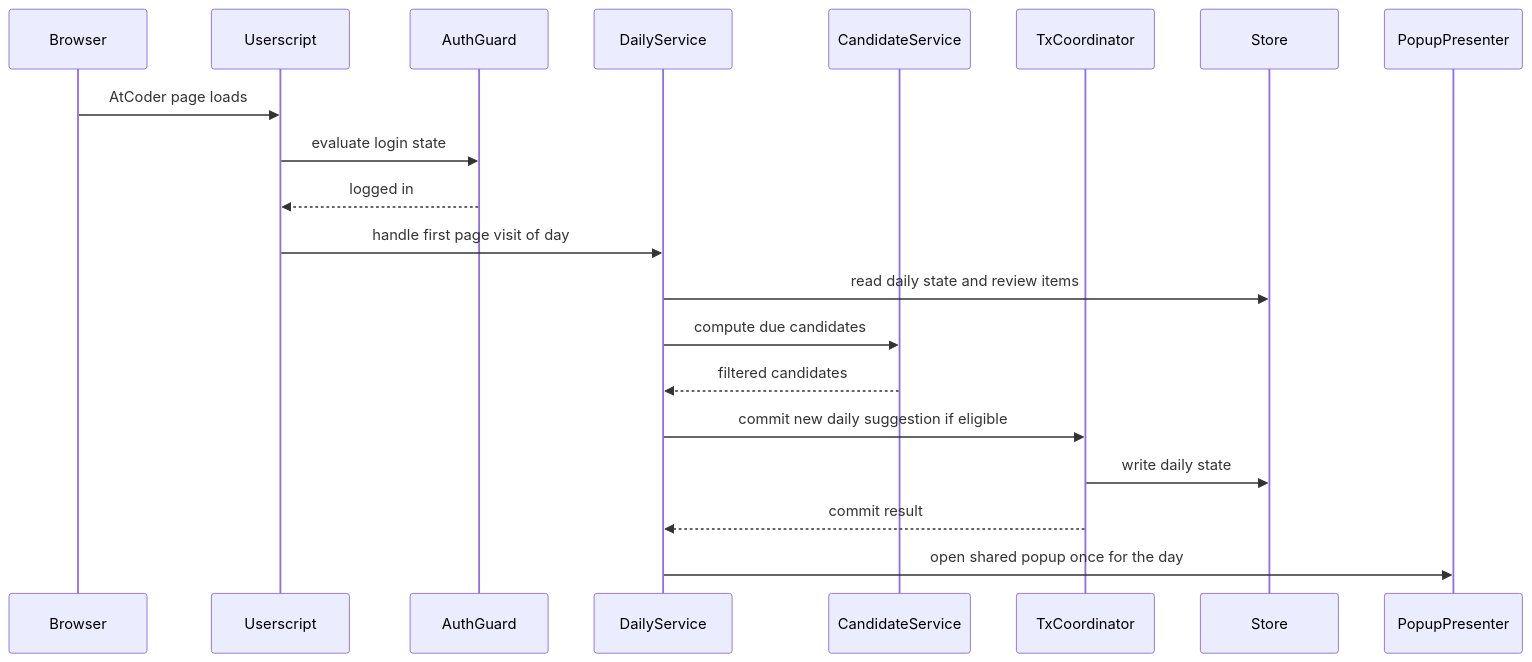
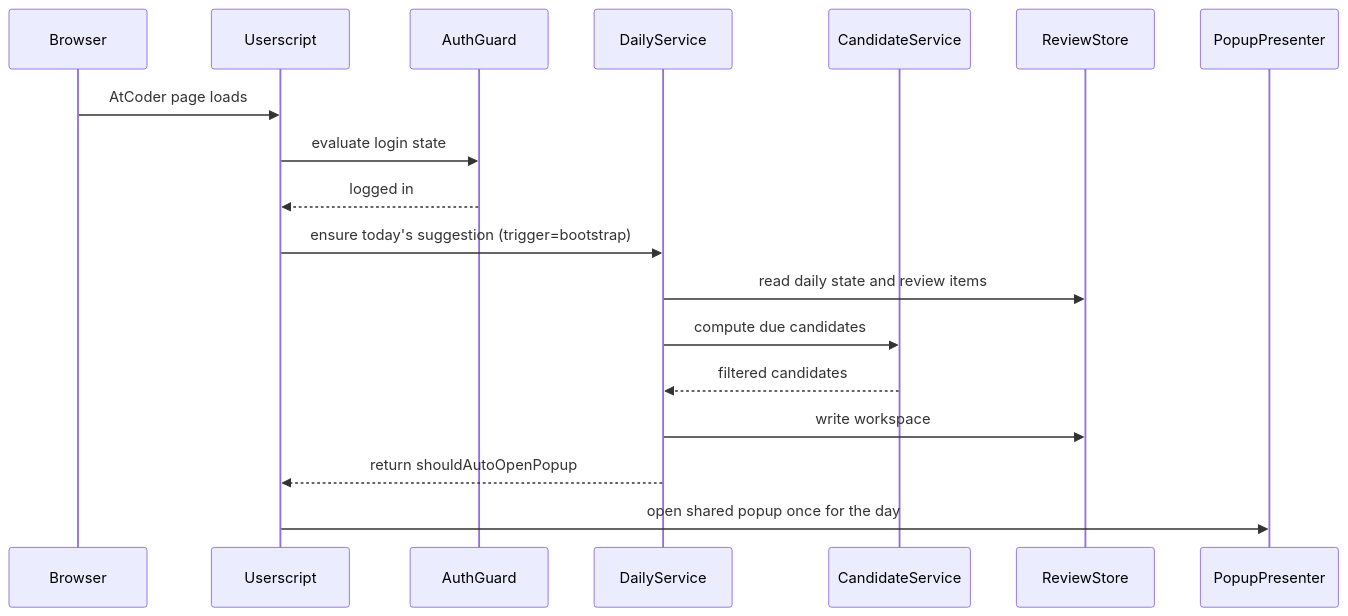
Before and after one commit to yiwiy9/ac-revisit: the second of 4 diagrams in .kiro/specs/atcoder-review-suggester/design.md, drawn with Mermaid. The commit also changed other lines of this file and 2 other files, not shown here.

````diff
--- a/.kiro/specs/atcoder-review-suggester/design.md
+++ b/.kiro/specs/atcoder-review-suggester/design.md
@@ -118,22 +161,20 @@
 ```mermaid
 sequenceDiagram
     participant B as Browser
     participant U as Userscript
     participant A as AuthGuard
     participant D as DailyService
     participant C as CandidateService
-    participant T as TxCoordinator
-    participant S as Store
+    participant R as ReviewStore
     participant P as PopupPresenter
     B->>U: AtCoder page loads
     U->>A: evaluate login state
     A-->>U: logged in
-    U->>D: handle first page visit of day
-    D->>S: read daily state and review items
+    U->>D: ensure today's suggestion (trigger=bootstrap)
+    D->>R: read daily state and review items
     D->>C: compute due candidates
     C-->>D: filtered candidates
-    D->>T: commit new daily suggestion if eligible
-    T->>S: write daily state
-    T-->>D: commit result
-    D->>P: open shared popup once for the day
+    D->>R: write workspace
+    D-->>U: return shouldAutoOpenPopup
+    U->>P: open shared popup once for the day
 ```
````
